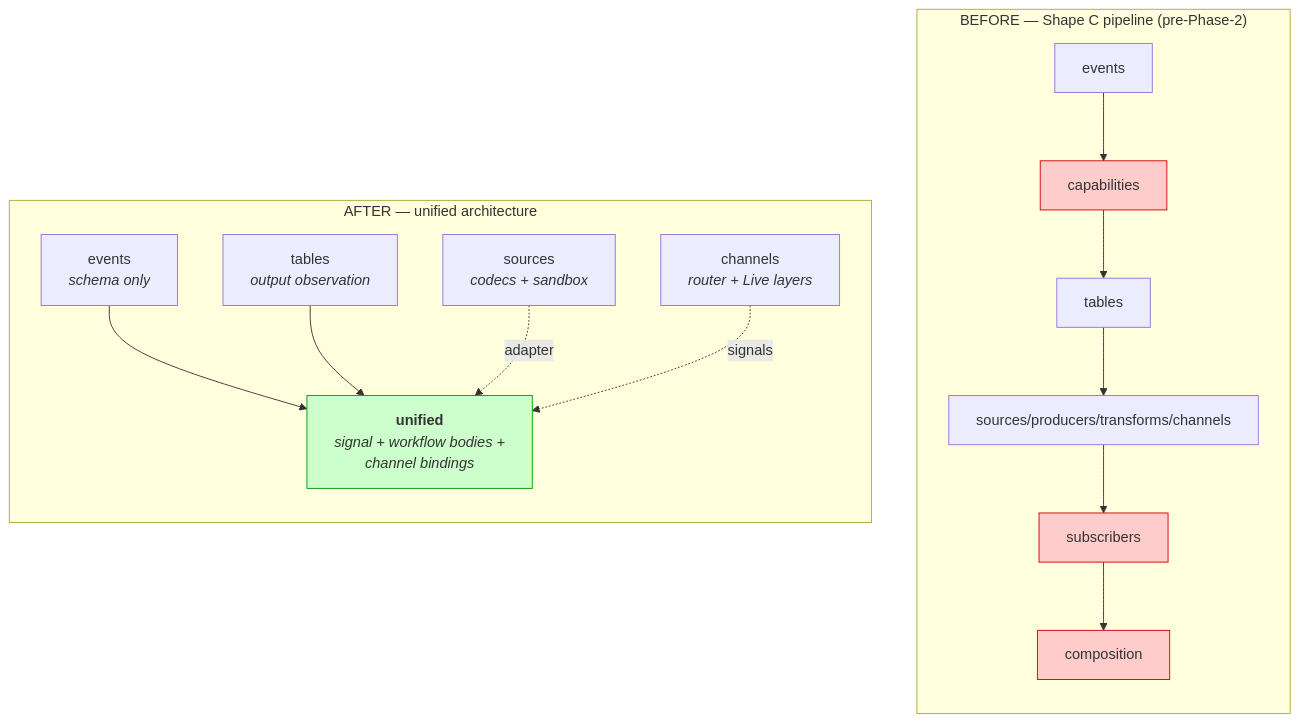
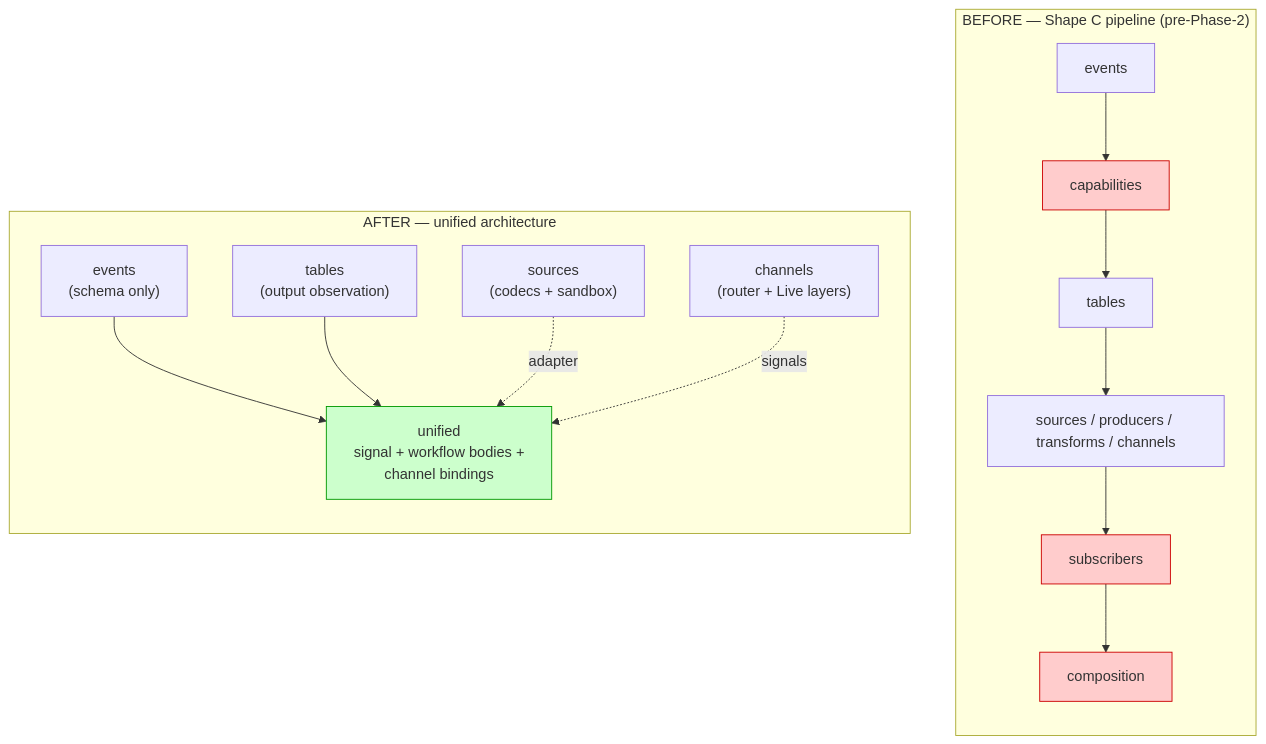
Before and after one commit to gurdasnijor/firegrid: the second of 5 diagrams in docs/architecture/2026-05-31-unified-architecture-mental-model.md, drawn with Mermaid. The commit also changed other lines of this file, not shown here.

First line of the commit message:
docs(architecture): fix mermaid render — quote node labels, drop unsupported tags

````diff
--- a/docs/architecture/2026-05-31-unified-architecture-mental-model.md
+++ b/docs/architecture/2026-05-31-unified-architecture-mental-model.md
@@ -41,29 +41,29 @@
 ```mermaid
 graph TB
     subgraph Before["BEFORE — Shape C pipeline (pre-Phase-2)"]
         direction TB
         E1[events] --> CA1[capabilities]
         CA1 --> T1[tables]
-        T1 --> S1[sources/producers/transforms/channels]
+        T1 --> S1["sources / producers / transforms / channels"]
         S1 --> SU1[subscribers]
         SU1 --> CO1[composition]
     end
 
     subgraph After["AFTER — unified architecture"]
         direction TB
-        E2[events<br/><i>schema only</i>]
-        T2[tables<br/><i>output observation</i>]
-        SR2[sources<br/><i>codecs + sandbox</i>]
-        CH2[channels<br/><i>router + Live layers</i>]
-        U2[<b>unified</b><br/><i>signal + workflow bodies +<br/>channel bindings</i>]
+        E2["events<br/>(schema only)"]
+        T2["tables<br/>(output observation)"]
+        SR2["sources<br/>(codecs + sandbox)"]
+        CH2["channels<br/>(router + Live layers)"]
+        U2["unified<br/>signal + workflow bodies +<br/>channel bindings"]
         E2 --> U2
         T2 --> U2
         SR2 -.adapter.-> U2
         CH2 -.signals.-> U2
     end
 
     style SU1 fill:#ffcccc,stroke:#cc0000
     style CO1 fill:#ffcccc,stroke:#cc0000
     style CA1 fill:#ffcccc,stroke:#cc0000
     style U2 fill:#ccffcc,stroke:#009900
 ```
````
